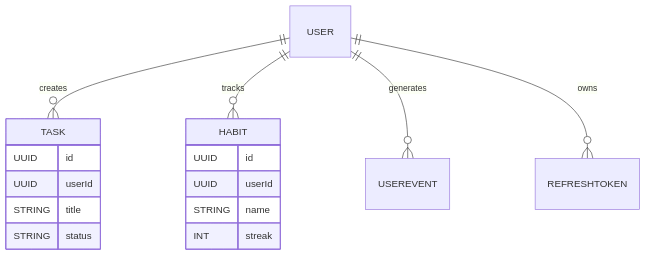
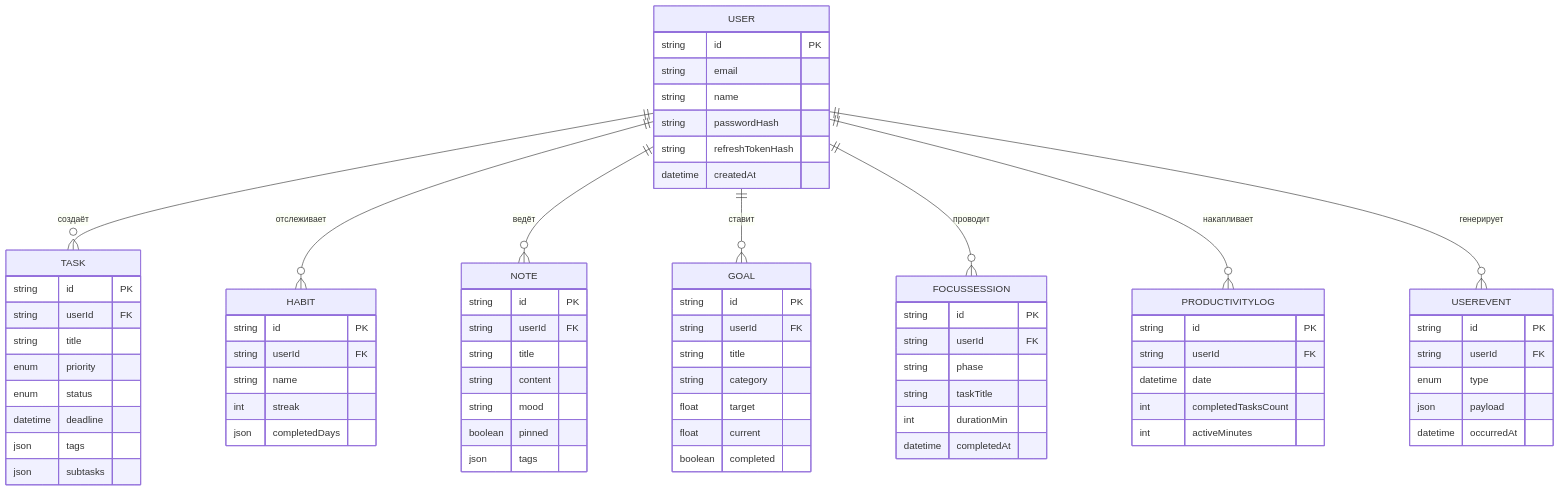
Before and after one commit to ogSulem/Focus: the third of 6 diagrams in diploma.md, drawn with Mermaid. The commit also changed other lines of this file, not shown here.

First line of the commit message:
diploma: expand ER to 8 entities, add use-case & frontend nav diagrams, fix table 2.2

````diff
--- a/diploma.md
+++ b/diploma.md
@@ -375,19 +427,76 @@
 ```mermaid
 erDiagram
-    USER ||--o{ TASK : creates
-    USER ||--o{ HABIT : tracks
-    USER ||--o{ USEREVENT : generates
-    USER ||--o{ REFRESHTOKEN : owns
+    USER ||--o{ TASK : "создаёт"
+    USER ||--o{ HABIT : "отслеживает"
+    USER ||--o{ NOTE : "ведёт"
+    USER ||--o{ GOAL : "ставит"
+    USER ||--o{ FOCUSSESSION : "проводит"
+    USER ||--o{ PRODUCTIVITYLOG : "накапливает"
+    USER ||--o{ USEREVENT : "генерирует"
+
+    USER {
+        string id PK
+        string email
+        string name
+        string passwordHash
+        string refreshTokenHash
+        datetime createdAt
+    }
     TASK {
-      UUID id
-      UUID userId
-      STRING title
-      STRING status
+        string id PK
+        string userId FK
+        string title
+        enum priority
+        enum status
+        datetime deadline
+        json tags
+        json subtasks
     }
     HABIT {
-      UUID id
-      UUID userId
-      STRING name
-      INT streak
+        string id PK
+        string userId FK
+        string name
+        int streak
+        json completedDays
+    }
+    NOTE {
+        string id PK
+        string userId FK
+        string title
+        string content
+        string mood
+        boolean pinned
+        json tags
+    }
+    GOAL {
+        string id PK
+        string userId FK
+        string title
+        string category
+        float target
+        float current
+        boolean completed
+    }
+    FOCUSSESSION {
+        string id PK
+        string userId FK
+        string phase
+        string taskTitle
+        int durationMin
+        datetime completedAt
+    }
+    PRODUCTIVITYLOG {
+        string id PK
+        string userId FK
+        datetime date
+        int completedTasksCount
+        int activeMinutes
+    }
+    USEREVENT {
+        string id PK
+        string userId FK
+        enum type
+        json payload
+        datetime occurredAt
     }
 ```
````
